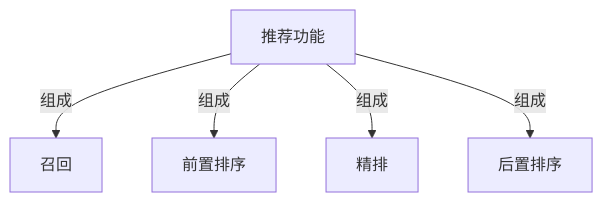
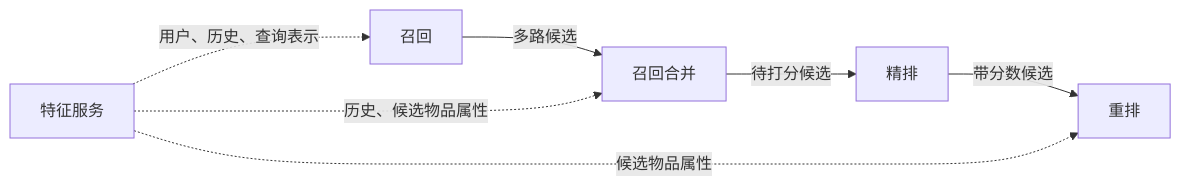
The diagram in diagrams/01_system_01.mmd (bitianyuan123/docs), drawn with Mermaid before and after one commit. The commit also changed 84 other files, not shown here.

```diff
--- a/diagrams/01_system_01.mmd
+++ b/diagrams/01_system_01.mmd
@@ -1,5 +1,7 @@
-flowchart TB
-    R[推荐功能] -->|组成| C[召回]
-    R -->|组成| B[前置排序]
-    R -->|组成| F[精排]
-    R -->|组成| A[后置排序]
+flowchart LR
+    R[召回] -->|多路候选| M[召回合并]
+    M -->|待打分候选| S[精排]
+    S -->|带分数候选| O[重排]
+    F[特征服务] -.->|用户、历史、查询表示| R
+    F -.->|历史、候选物品属性| M
+    F -.->|候选物品属性| O
```
